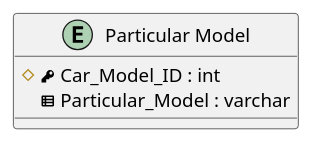
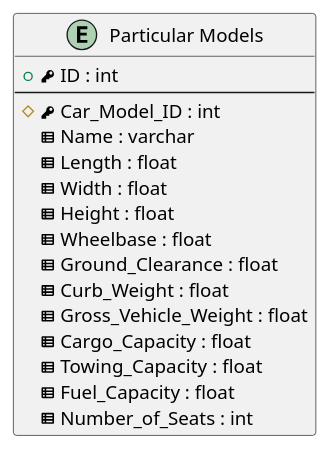
The diagram in Labs/Lab1/Tables/Entities/ParticularModel.puml (DmitryVasilkovW/ITMO-Database-design-labs-4-sem), drawn with PlantUML before and after one commit. The commit also changed 13 other files, not shown here.

```diff
--- a/Labs/Lab1/Tables/Entities/ParticularModel.puml
+++ b/Labs/Lab1/Tables/Entities/ParticularModel.puml
@@ -1,7 +1,20 @@
 @startuml
-entity "Particular Model" as particularModel
+entity "Particular Models" as particularModel
 {
+  + <&key> ID : int
+  --
   # <&key> Car_Model_ID : int
-  <&spreadsheet> Particular_Model : varchar
+  <&spreadsheet> Name : varchar
+  <&spreadsheet> Length : float
+  <&spreadsheet> Width : float
+  <&spreadsheet> Height : float
+  <&spreadsheet> Wheelbase : float
+  <&spreadsheet> Ground_Clearance : float
+  <&spreadsheet> Curb_Weight : float
+  <&spreadsheet> Gross_Vehicle_Weight : float
+  <&spreadsheet> Cargo_Capacity : float
+  <&spreadsheet> Towing_Capacity : float
+  <&spreadsheet> Fuel_Capacity : float
+  <&spreadsheet> Number_of_Seats : int
 }
 @enduml
```
